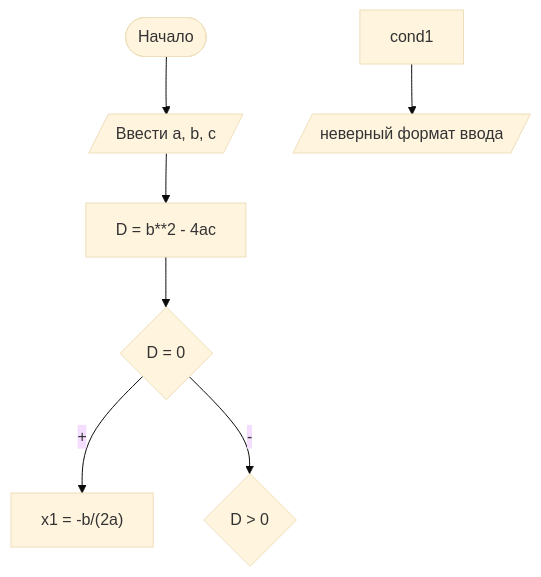
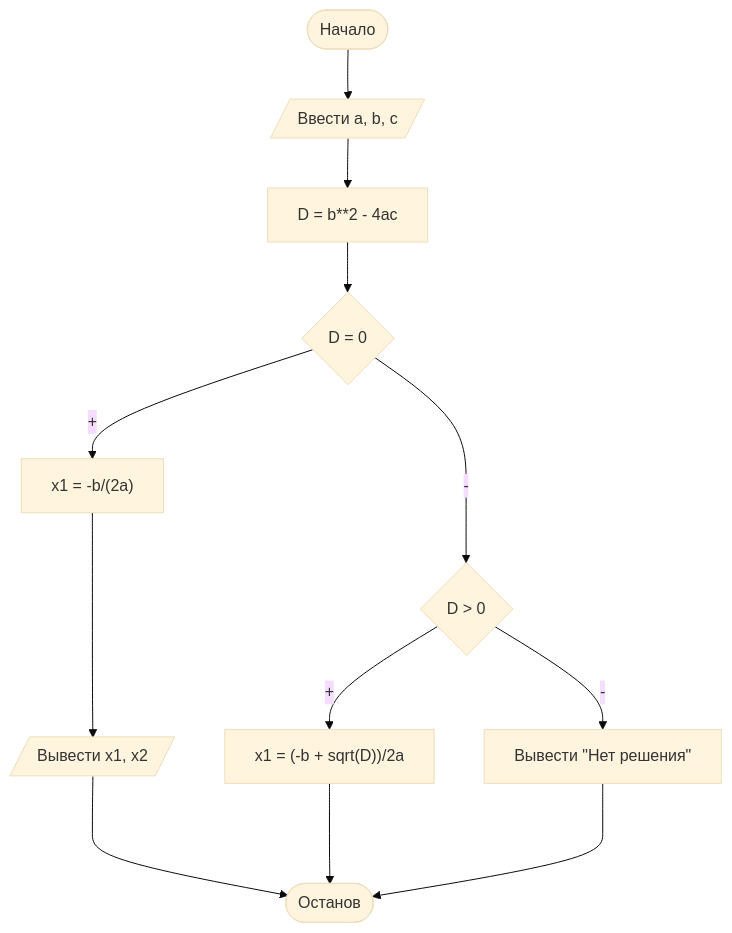
Before and after one commit to study-pm/algos: the second of 7 diagrams in notes.md, drawn with Mermaid (base theme). The commit also changed other lines of this file, not shown here.

````diff
--- a/notes.md
+++ b/notes.md
@@ -273,7 +283,13 @@
 ```mermaid
 flowchart TD
-  START([Начало]) --> source[/Ввести a, b, c/] --> process[D = b**2 - 4ac] --> calc1
-  calc1{D = 0} --+--> process2["x1 = -b/(2a)"]
-  calc1 --"-"--> calc2{D > 0}
-  cond1 --> data[/"неверный формат ввода"/]
+  START([Начало]) --> data1[/Ввести a, b, c/] 
+  data1 --> process1[D = b**2 - 4ac] --> solution1
+  solution1{D = 0} --+--> process2["x1 = -b/(2a)"]
+  process2 ---> data2[/Вывести x1, x2/]
+  solution1 --"-"--> solution2{D > 0}
+  solution2 --"+"--> process3["x1 = (-b + sqrt(D))/2a"]
+  solution2 --"-"--> solution3["Вывести #quot;Нет решения#quot;"]  
+  data2 ---> END([Останов])
+  process3 ---> END
+  solution3 ---> END
 ```
````
